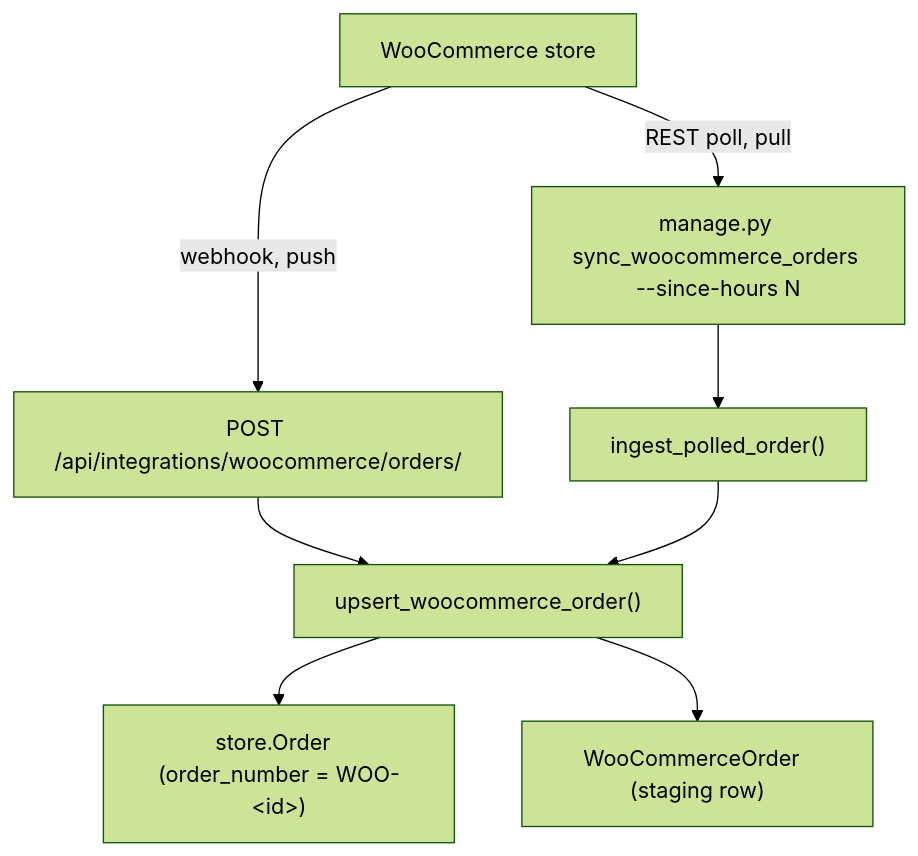
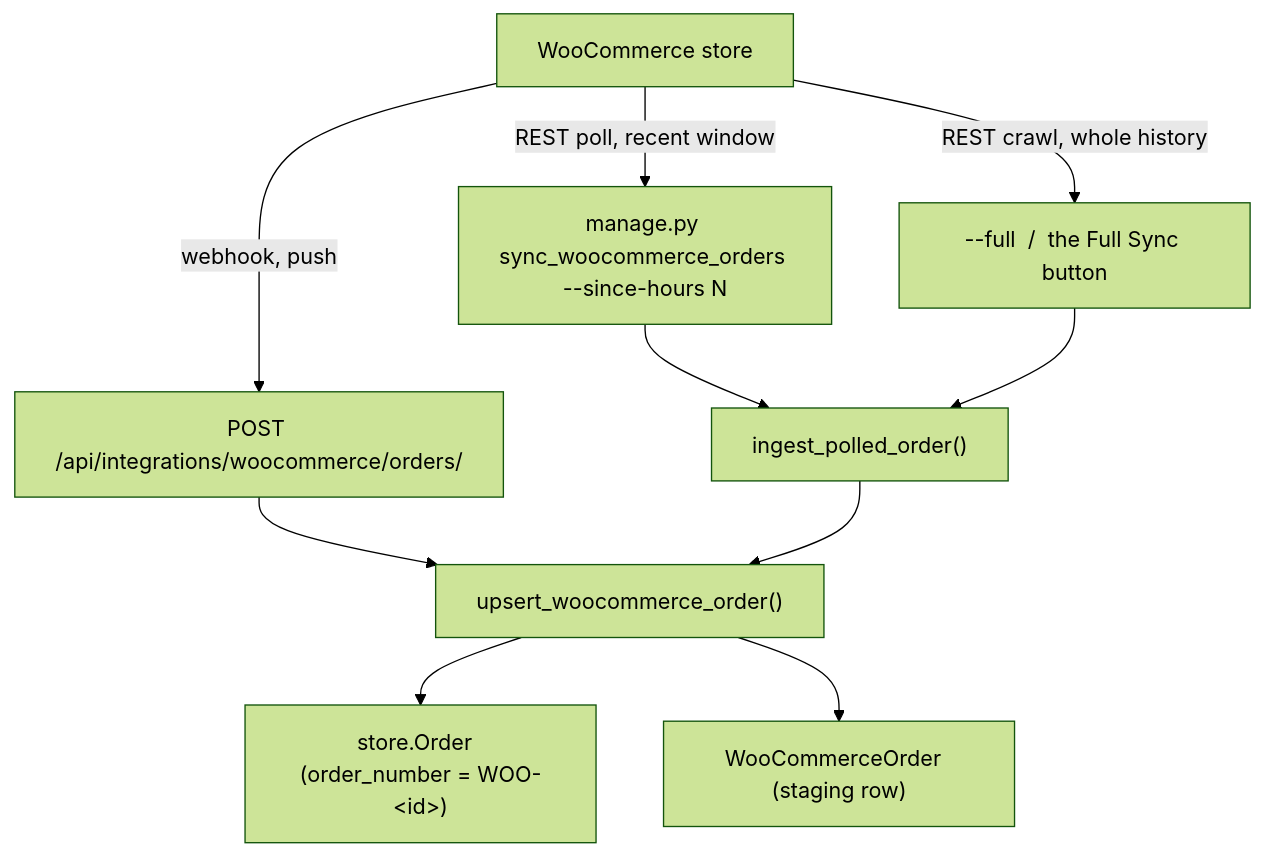
One commit to milanmagrati/E-commerce-Project changed the diagram in myproject/docs/27-sheets-and-woocommerce.md. Above: the diagram before and after it, drawn with Mermaid (forest theme). The commit also changed other lines of this file and 4 other files, not shown here.

````diff
--- a/myproject/docs/27-sheets-and-woocommerce.md
+++ b/myproject/docs/27-sheets-and-woocommerce.md
@@ -14,10 +14,12 @@
 ```mermaid
 flowchart TD
     A[WooCommerce store] -->|webhook, push| B["POST /api/integrations/woocommerce/orders/"]
-    A -->|REST poll, pull| C["manage.py sync_woocommerce_orders --since-hours N"]
+    A -->|"REST poll, recent window"| C["manage.py sync_woocommerce_orders --since-hours N"]
+    A -->|"REST crawl, whole history"| H["--full  /  the Full Sync button"]
     B --> D["upsert_woocommerce_order()"]
     C --> E["ingest_polled_order()"]
+    H --> E
     E --> D
     D --> F["store.Order  (order_number = WOO-&lt;id&gt;)"]
     D --> G["WooCommerceOrder  (staging row)"]
 ```
````
